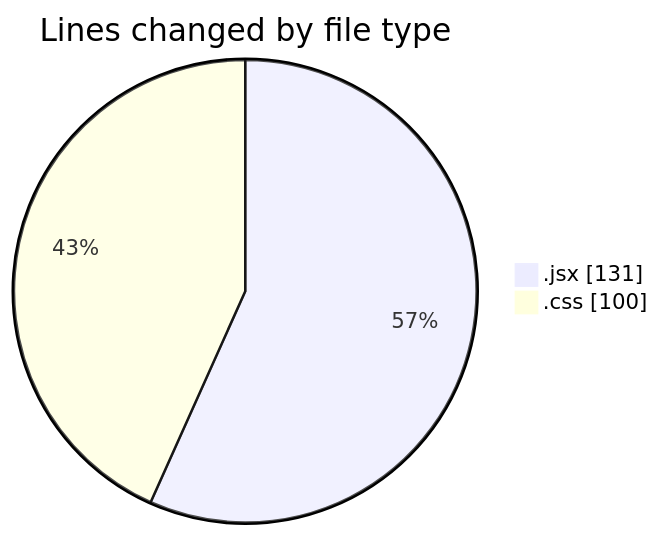
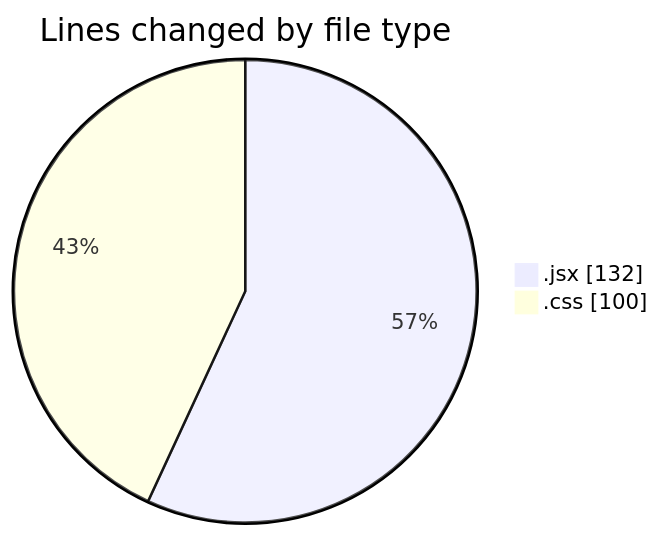
Before and after one commit to Elitesun/code-tracking: the first of 2 diagrams in 2025-03-08/elitesgpt/README.md, drawn with Mermaid. The commit also changed other lines of this file and 1 other file, not shown here.

````diff
--- a/2025-03-08/elitesgpt/README.md
+++ b/2025-03-08/elitesgpt/README.md
@@ -21,6 +21,6 @@
 ```mermaid
 pie showData
 title Lines changed by file type
-".jsx" : 131
+".jsx" : 132
 ".css" : 100
 ```
````
